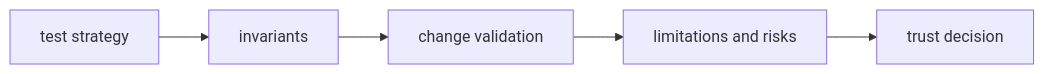
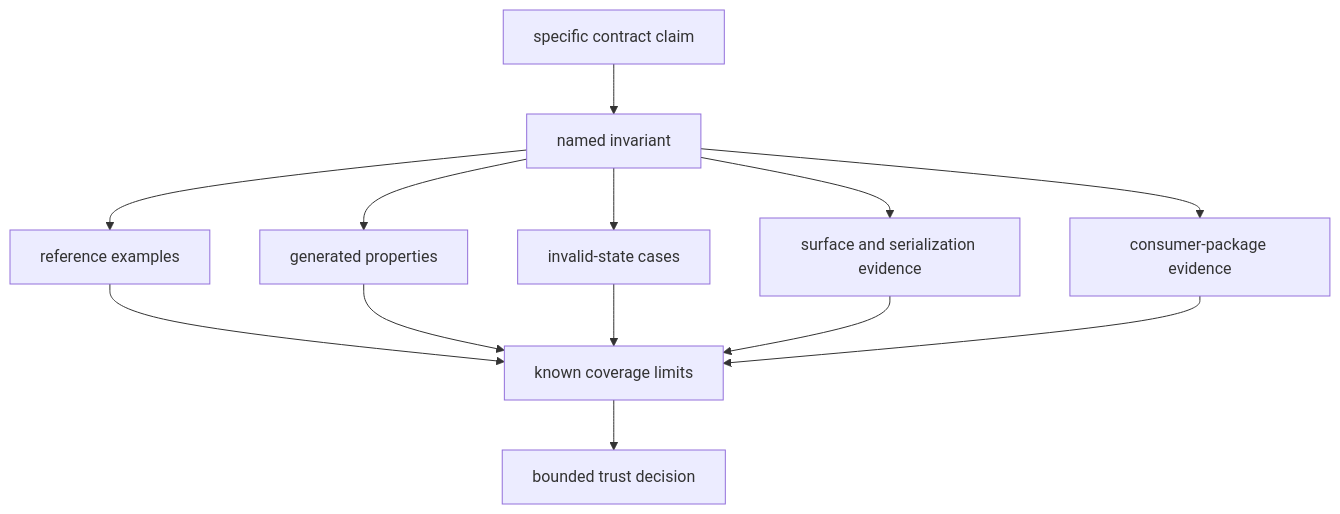
One commit to bijux/bijux-telecom changed the first of 2 diagrams in docs/02-bijux-gnss-core/quality/index.md. Above: the diagram before and after it, drawn with Mermaid. The commit also changed other lines of this file and 1 other file, not shown here.

Commit message:
docs(core): distinguish contract use from proof

````diff
--- a/docs/02-bijux-gnss-core/quality/index.md
+++ b/docs/02-bijux-gnss-core/quality/index.md
@@ -22,10 +19,25 @@
 ```mermaid
-flowchart LR
-    tests["test strategy"]
-    invariants["invariants"]
-    validation["change validation"]
-    limits["limitations and risks"]
-    trust["trust decision"]
+flowchart TD
+    claim["specific contract claim"]
+    invariant["named invariant"]
+    examples["reference examples"]
+    properties["generated properties"]
+    negative["invalid-state cases"]
+    compatibility["surface and serialization evidence"]
+    downstream["consumer-package evidence"]
+    limits["known coverage limits"]
+    decision["bounded trust decision"]
 
-    tests --> invariants --> validation --> limits --> trust
+    claim --> invariant
+    invariant --> examples
+    invariant --> properties
+    invariant --> negative
+    invariant --> compatibility
+    invariant --> downstream
+    examples --> limits
+    properties --> limits
+    negative --> limits
+    compatibility --> limits
+    downstream --> limits
+    limits --> decision
 ```
````
